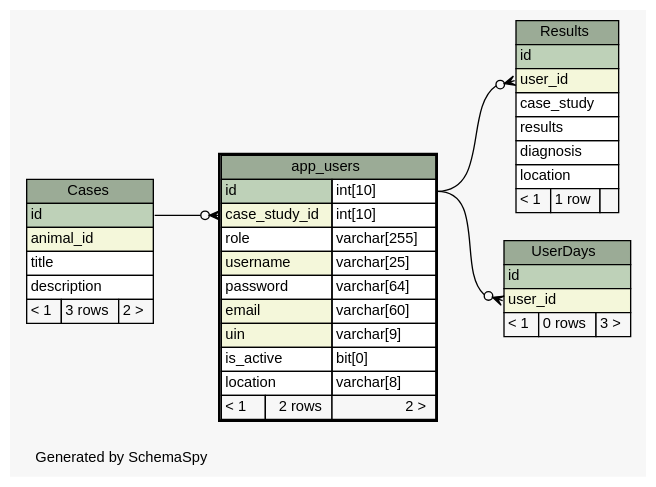
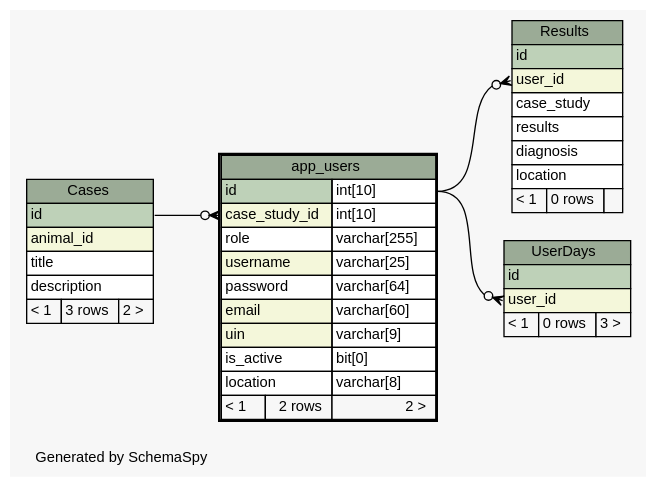
One commit to carrel2/CaseStudies changed the diagram in web/files/schema/diagrams/app_users.1degree.dot. Above: the diagram before and after it, drawn with Graphviz. The commit also changed 256 other files, not shown here.

```diff
--- a/web/files/schema/diagrams/app_users.1degree.dot
+++ b/web/files/schema/diagrams/app_users.1degree.dot
@@ -1,82 +1,82 @@
-// dot 2.38.0 on Linux 4.4.0-77-generic
+// dot 2.38.0 on Linux 4.4.0-78-generic
 // SchemaSpy rev 590
 digraph "oneDegreeRelationshipsDiagram" {
   graph [
     rankdir="RL"
     bgcolor="#f7f7f7"
     label="\nGenerated by SchemaSpy"
     labeljust="l"
     nodesep="0.18"
     ranksep="0.46"
     fontname="Helvetica"
     fontsize="11"
   ];
   node [
     fontname="Helvetica"
     fontsize="11"
     shape="plaintext"
   ];
   edge [
     arrowsize="0.8"
   ];
   "app_users":"case_study_id":w -> "Cases":"id":e [arrowhead=none dir=back arrowtail=crowodot];
   "Results":"user_id":w -> "app_users":"id.type":e [arrowhead=none dir=back arrowtail=crowodot];
   "UserDays":"user_id":w -> "app_users":"id.type":e [arrowhead=none dir=back arrowtail=crowodot];
   "app_users" [
     label=<
     <TABLE BORDER="2" CELLBORDER="1" CELLSPACING="0" BGCOLOR="#ffffff">
       <TR><TD COLSPAN="3" BGCOLOR="#9bab96" ALIGN="CENTER">app_users</TD></TR>
       <TR><TD PORT="id" COLSPAN="2" BGCOLOR="#bed1b8" ALIGN="LEFT">id</TD><TD PORT="id.type" ALIGN="LEFT">int[10]</TD></TR>
       <TR><TD PORT="case_study_id" COLSPAN="2" BGCOLOR="#f4f7da" ALIGN="LEFT">case_study_id</TD><TD PORT="case_study_id.type" ALIGN="LEFT">int[10]</TD></TR>
       <TR><TD PORT="role" COLSPAN="2" ALIGN="LEFT">role</TD><TD PORT="role.type" ALIGN="LEFT">varchar[255]</TD></TR>
       <TR><TD PORT="username" COLSPAN="2" BGCOLOR="#f4f7da" ALIGN="LEFT">username</TD><TD PORT="username.type" ALIGN="LEFT">varchar[25]</TD></TR>
       <TR><TD PORT="password" COLSPAN="2" ALIGN="LEFT">password</TD><TD PORT="password.type" ALIGN="LEFT">varchar[64]</TD></TR>
       <TR><TD PORT="email" COLSPAN="2" BGCOLOR="#f4f7da" ALIGN="LEFT">email</TD><TD PORT="email.type" ALIGN="LEFT">varchar[60]</TD></TR>
       <TR><TD PORT="uin" COLSPAN="2" BGCOLOR="#f4f7da" ALIGN="LEFT">uin</TD><TD PORT="uin.type" ALIGN="LEFT">varchar[9]</TD></TR>
       <TR><TD PORT="is_active" COLSPAN="2" ALIGN="LEFT">is_active</TD><TD PORT="is_active.type" ALIGN="LEFT">bit[0]</TD></TR>
       <TR><TD PORT="location" COLSPAN="2" ALIGN="LEFT">location</TD><TD PORT="location.type" ALIGN="LEFT">varchar[8]</TD></TR>
       <TR><TD ALIGN="LEFT" BGCOLOR="#f7f7f7">&lt; 1</TD><TD ALIGN="RIGHT" BGCOLOR="#f7f7f7">2 rows</TD><TD ALIGN="RIGHT" BGCOLOR="#f7f7f7">2 &gt;</TD></TR>
     </TABLE>>
     URL="app_users.html"
     tooltip="app_users"
   ];
   "Cases" [
     label=<
     <TABLE BORDER="0" CELLBORDER="1" CELLSPACING="0" BGCOLOR="#ffffff">
       <TR><TD COLSPAN="3" BGCOLOR="#9bab96" ALIGN="CENTER">Cases</TD></TR>
       <TR><TD PORT="id" COLSPAN="3" BGCOLOR="#bed1b8" ALIGN="LEFT">id</TD></TR>
       <TR><TD PORT="animal_id" COLSPAN="3" BGCOLOR="#f4f7da" ALIGN="LEFT">animal_id</TD></TR>
       <TR><TD PORT="title" COLSPAN="3" ALIGN="LEFT">title</TD></TR>
       <TR><TD PORT="description" COLSPAN="3" ALIGN="LEFT">description</TD></TR>
       <TR><TD ALIGN="LEFT" BGCOLOR="#f7f7f7">&lt; 1</TD><TD ALIGN="RIGHT" BGCOLOR="#f7f7f7">3 rows</TD><TD ALIGN="RIGHT" BGCOLOR="#f7f7f7">2 &gt;</TD></TR>
     </TABLE>>
     URL="Cases.html"
     tooltip="Cases"
   ];
   "Results" [
     label=<
     <TABLE BORDER="0" CELLBORDER="1" CELLSPACING="0" BGCOLOR="#ffffff">
       <TR><TD COLSPAN="3" BGCOLOR="#9bab96" ALIGN="CENTER">Results</TD></TR>
       <TR><TD PORT="id" COLSPAN="3" BGCOLOR="#bed1b8" ALIGN="LEFT">id</TD></TR>
       <TR><TD PORT="user_id" COLSPAN="3" BGCOLOR="#f4f7da" ALIGN="LEFT">user_id</TD></TR>
       <TR><TD PORT="case_study" COLSPAN="3" ALIGN="LEFT">case_study</TD></TR>
       <TR><TD PORT="results" COLSPAN="3" ALIGN="LEFT">results</TD></TR>
       <TR><TD PORT="diagnosis" COLSPAN="3" ALIGN="LEFT">diagnosis</TD></TR>
       <TR><TD PORT="location" COLSPAN="3" ALIGN="LEFT">location</TD></TR>
-      <TR><TD ALIGN="LEFT" BGCOLOR="#f7f7f7">&lt; 1</TD><TD ALIGN="RIGHT" BGCOLOR="#f7f7f7">1 row</TD><TD ALIGN="RIGHT" BGCOLOR="#f7f7f7">  </TD></TR>
+      <TR><TD ALIGN="LEFT" BGCOLOR="#f7f7f7">&lt; 1</TD><TD ALIGN="RIGHT" BGCOLOR="#f7f7f7">0 rows</TD><TD ALIGN="RIGHT" BGCOLOR="#f7f7f7">  </TD></TR>
     </TABLE>>
     URL="Results.html"
     tooltip="Results"
   ];
   "UserDays" [
     label=<
     <TABLE BORDER="0" CELLBORDER="1" CELLSPACING="0" BGCOLOR="#ffffff">
       <TR><TD COLSPAN="3" BGCOLOR="#9bab96" ALIGN="CENTER">UserDays</TD></TR>
       <TR><TD PORT="id" COLSPAN="3" BGCOLOR="#bed1b8" ALIGN="LEFT">id</TD></TR>
       <TR><TD PORT="user_id" COLSPAN="3" BGCOLOR="#f4f7da" ALIGN="LEFT">user_id</TD></TR>
       <TR><TD ALIGN="LEFT" BGCOLOR="#f7f7f7">&lt; 1</TD><TD ALIGN="RIGHT" BGCOLOR="#f7f7f7">0 rows</TD><TD ALIGN="RIGHT" BGCOLOR="#f7f7f7">3 &gt;</TD></TR>
     </TABLE>>
     URL="UserDays.html"
     tooltip="UserDays"
   ];
 }
```
